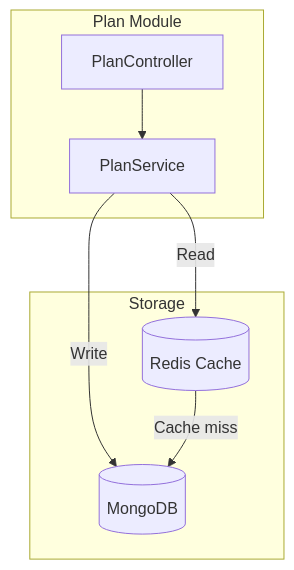
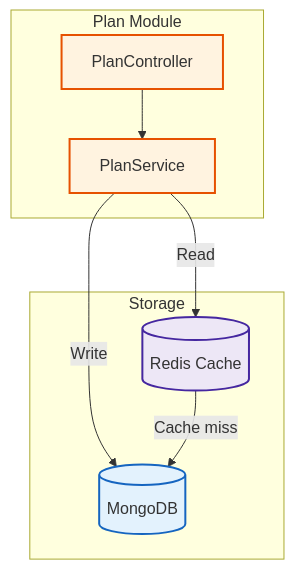
One commit to linhh011202/fyp-report changed the diagram in diagrams/plan_caching.mmd. Above: the diagram before and after it, drawn with Mermaid. The commit also changed 107 other files, not shown here.

```diff
--- a/diagrams/plan_caching.mmd
+++ b/diagrams/plan_caching.mmd
@@ -1,15 +1,20 @@
 flowchart TB
     subgraph "Plan Module"
         CTRL[PlanController]
         SVC[PlanService]
     end
 
     subgraph "Storage"
         MONGO[(MongoDB)]
         REDIS[(Redis Cache)]
     end
 
     CTRL --> SVC
     SVC -->|Write| MONGO
     SVC -->|Read| REDIS
     REDIS -->|Cache miss| MONGO
+
+    style CTRL fill:#FFF3E0,stroke:#E65100,stroke-width:2px
+    style SVC fill:#FFF3E0,stroke:#E65100,stroke-width:2px
+    style MONGO fill:#E3F2FD,stroke:#1565C0,stroke-width:2px
+    style REDIS fill:#EDE7F6,stroke:#4527A0,stroke-width:2px
```
